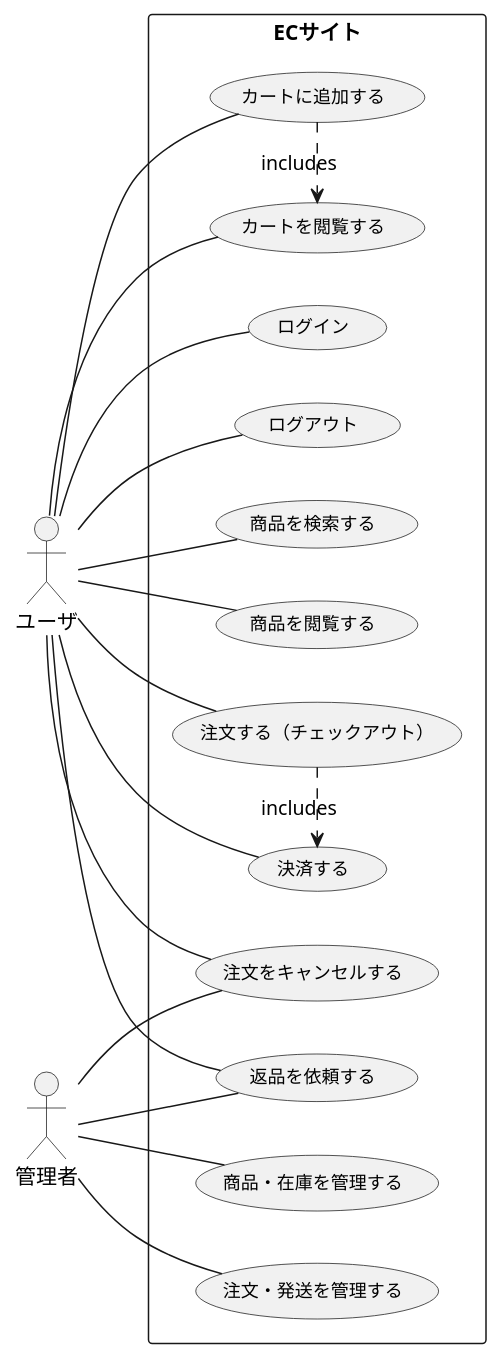
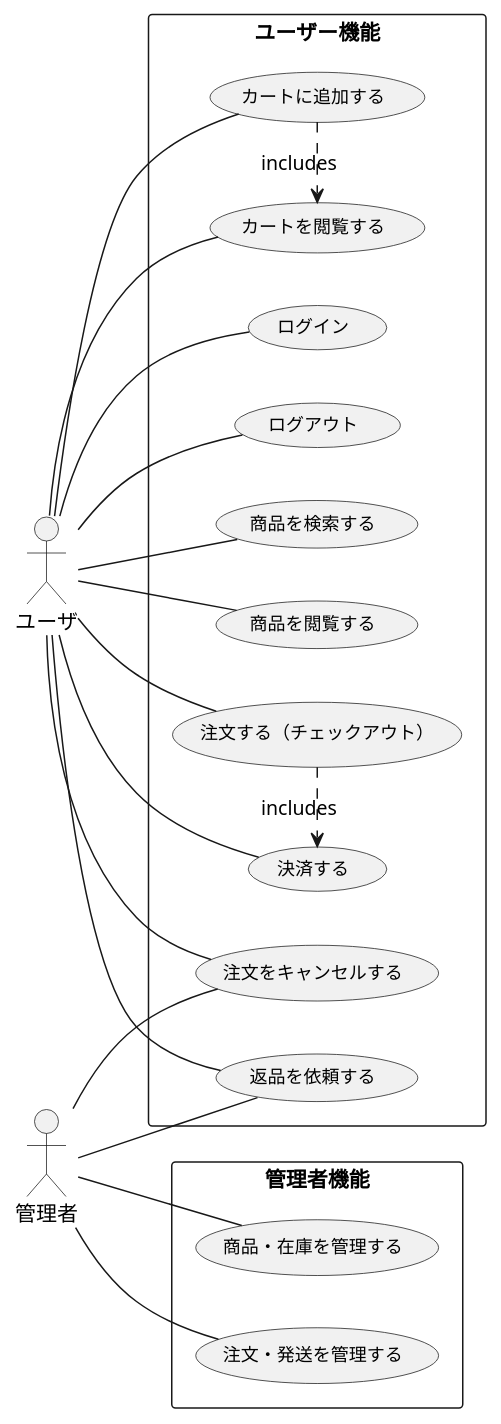
One commit to ghbuser12/ohara_uml changed the diagram in BBshop/usecase.pu. Above: the diagram before and after it, drawn with PlantUML.

```diff
--- a/BBshop/usecase.pu
+++ b/BBshop/usecase.pu
@@ -1,44 +1,47 @@
 @startuml usecase_ec
 left to right direction
 skinparam usecase {
   FontSize 12
 }
 
 actor ユーザ as User
 actor 管理者 as Admin
 
-rectangle "ECサイト" {
+rectangle "ユーザー機能" {
   usecase UC01 as "ログイン"
   usecase UC02 as "ログアウト"
   usecase UC03 as "商品を検索する"
   usecase UC04 as "商品を閲覧する"
   usecase UC05 as "カートに追加する"
   usecase UC06 as "カートを閲覧する"
   usecase UC07 as "注文する（チェックアウト）"
   usecase UC08 as "注文をキャンセルする"
   usecase UC09 as "返品を依頼する"
   usecase UC10 as "決済する"
-  usecase UC11 as "商品・在庫を管理する" 
+}
+
+rectangle "管理者機能" {
+  usecase UC11 as "商品・在庫を管理する"
   usecase UC12 as "注文・発送を管理する"
 }
 
 User -- UC01
 User -- UC02
 User -- UC03
 User -- UC04
 User -- UC05
 User -- UC06
 User -- UC07
 User -- UC08
 User -- UC09
 User -- UC10
 
 Admin -- UC11
 Admin -- UC12
 Admin -- UC08
 Admin -- UC09
 
 UC07 .> UC10 : includes
 UC05 .> UC06 : includes
 
 @enduml
```
